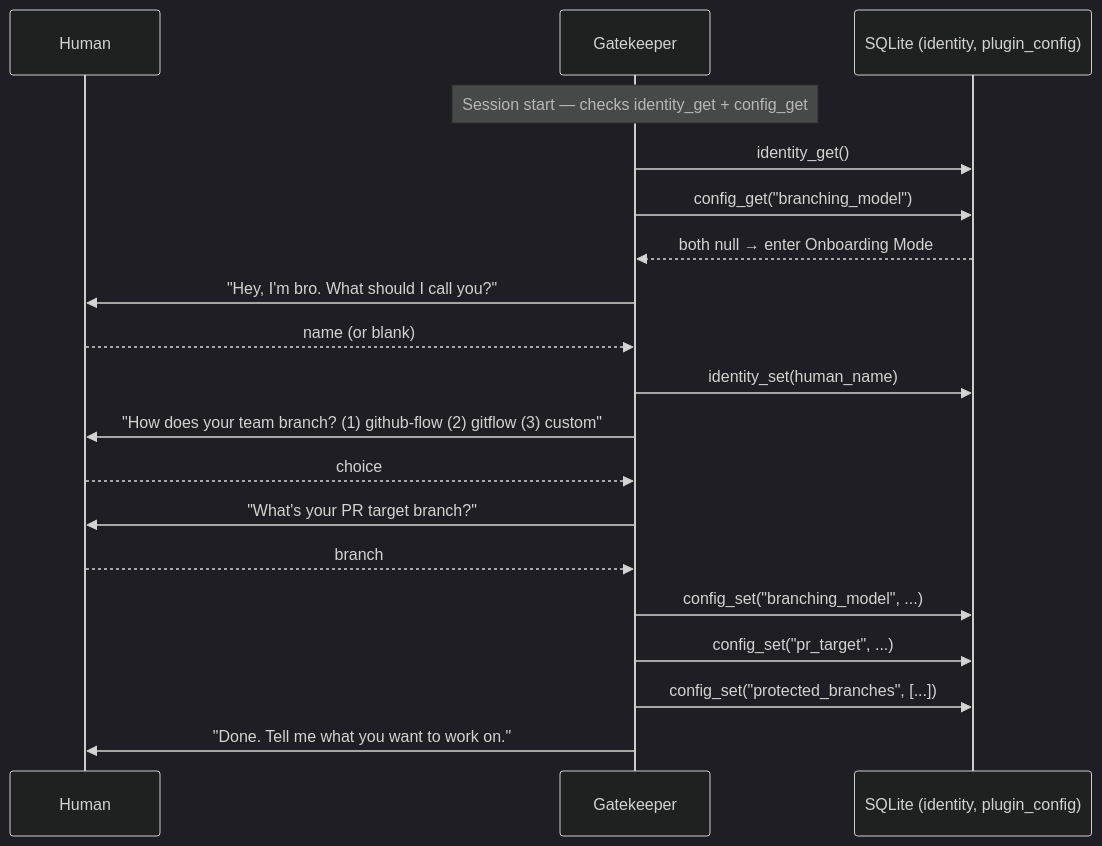
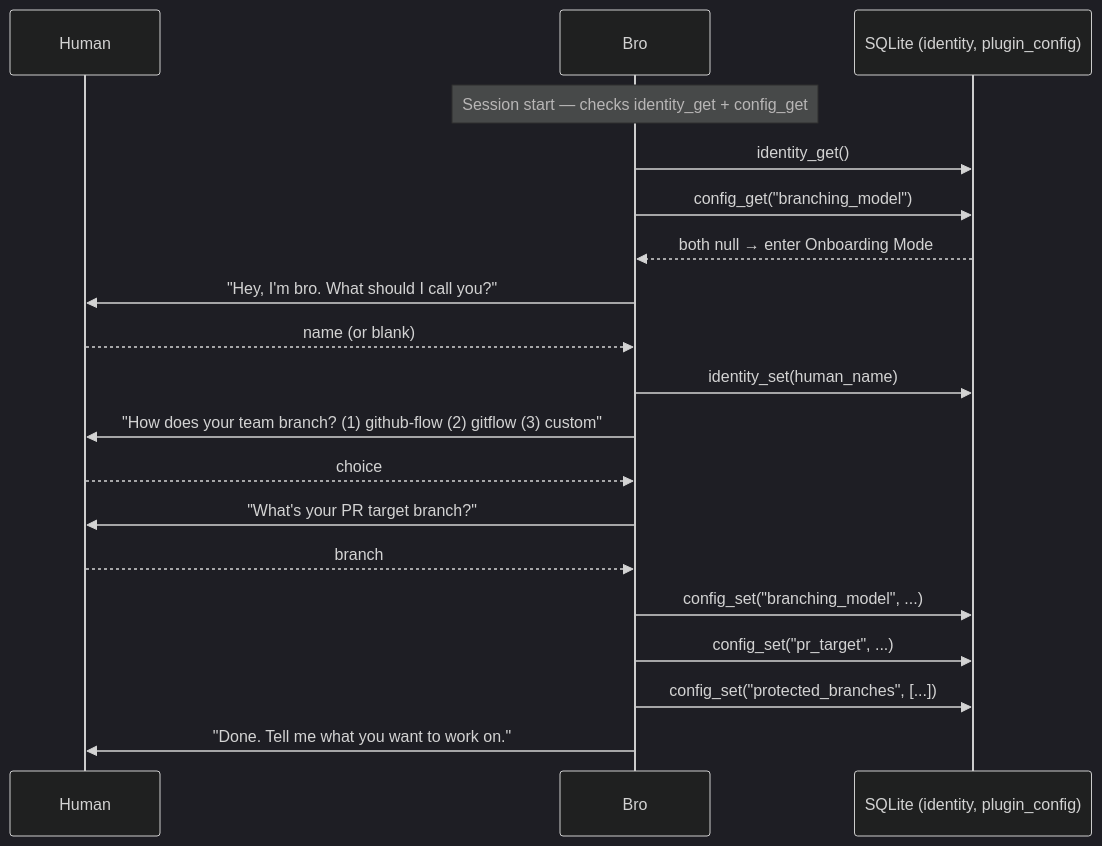
The first of 9 diagrams in docs/architecture/FLOWS.md (trustmybot/plugin), drawn with Mermaid (dark theme) before and after one commit. The commit also changed other lines of this file and 39 other files, not shown here.

First line of the commit message:
🏛️ rename: gatekeeper → bro everywhere, drop bro_name column

````diff
--- a/docs/architecture/FLOWS.md
+++ b/docs/architecture/FLOWS.md
@@ -34,25 +34,25 @@
 ```mermaid
 sequenceDiagram
     participant H as Human
-    participant G as Gatekeeper
+    participant G as Bro
     participant DB as SQLite (identity, plugin_config)
 
     Note over G: Session start — checks identity_get + config_get
     G->>DB: identity_get()
     G->>DB: config_get("branching_model")
     DB-->>G: both null → enter Onboarding Mode
 
     G->>H: "Hey, I'm bro. What should I call you?"
     H-->>G: name (or blank)
     G->>DB: identity_set(human_name)
 
     G->>H: "How does your team branch? (1) github-flow (2) gitflow (3) custom"
     H-->>G: choice
     G->>H: "What's your PR target branch?"
     H-->>G: branch
     G->>DB: config_set("branching_model", ...)
     G->>DB: config_set("pr_target", ...)
     G->>DB: config_set("protected_branches", [...])
 
     G->>H: "Done. Tell me what you want to work on."
 ```
````
